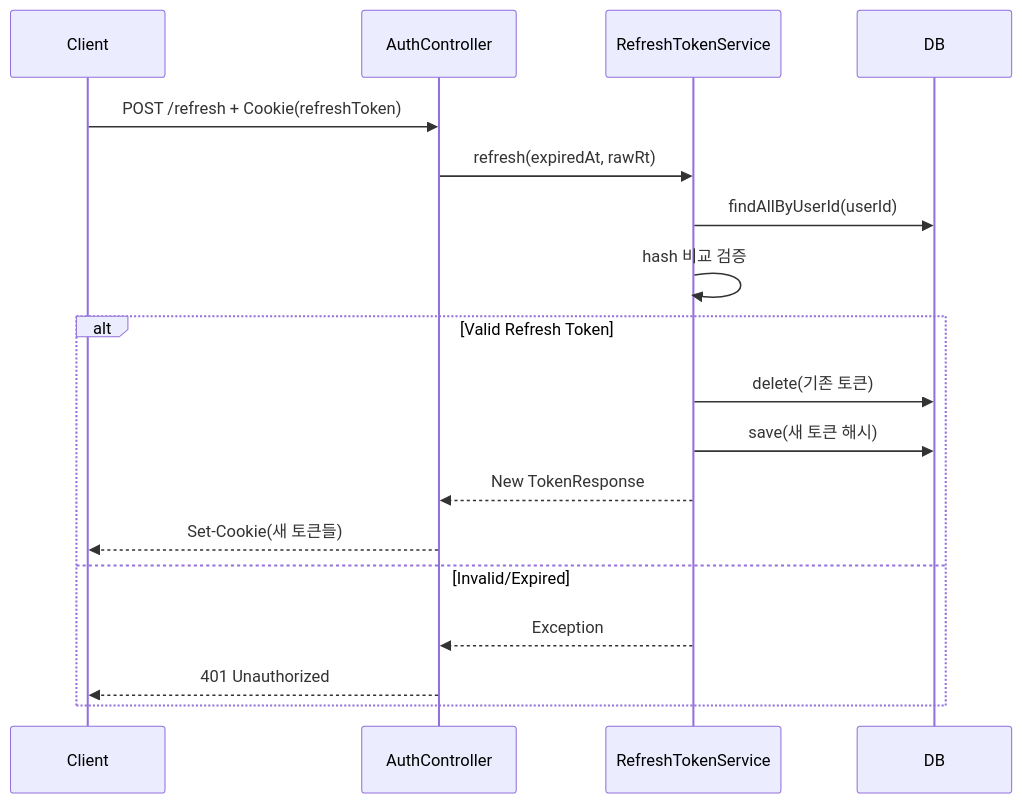
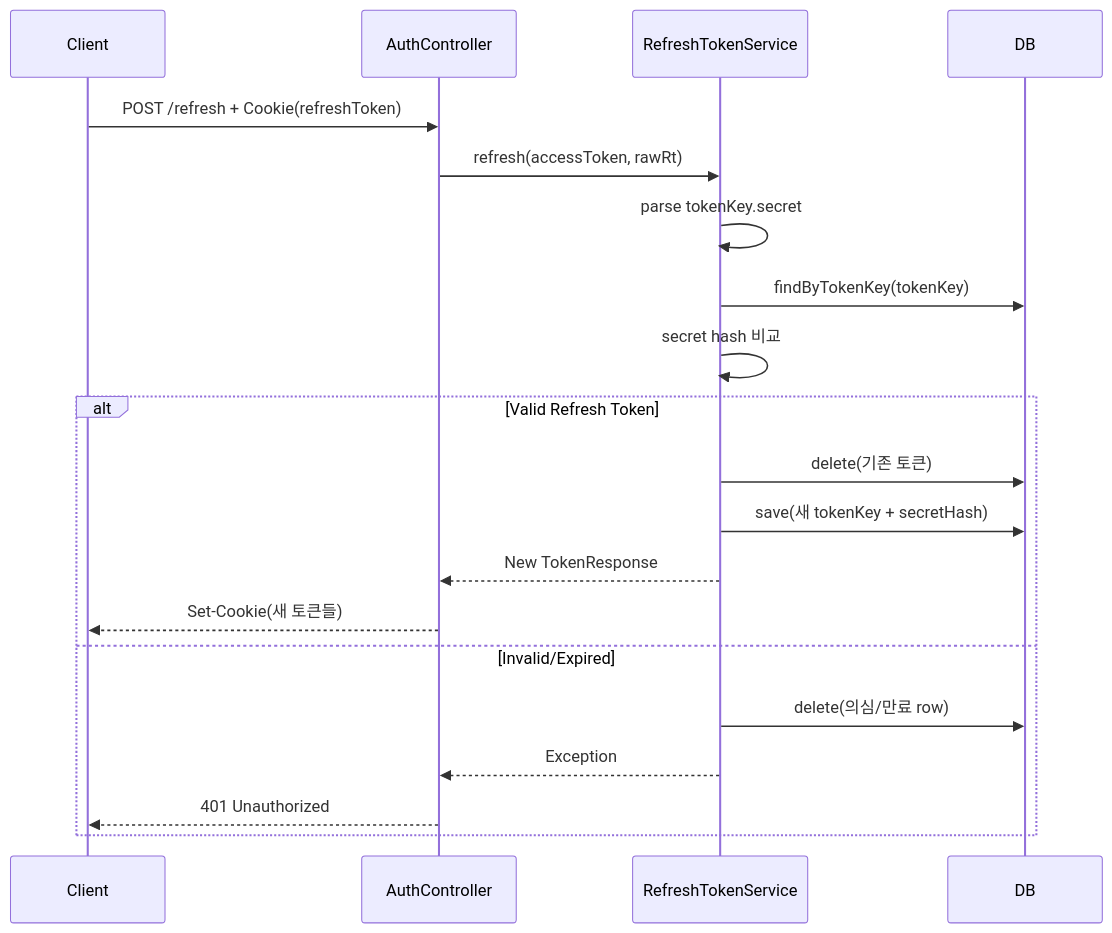
Before and after one commit to beginner0107/eventitta: the third of 9 diagrams in docs/ARCHITECTURE.md, drawn with Mermaid. The commit also changed other lines of this file and 949 other files, not shown here.

````diff
--- a/docs/ARCHITECTURE.md
+++ b/docs/ARCHITECTURE.md
@@ -143,21 +174,23 @@
 ```mermaid
 sequenceDiagram
     participant Client
     participant Controller as AuthController
     participant Service as RefreshTokenService
     participant DB
 
     Client->>Controller: POST /refresh + Cookie(refreshToken)
-    Controller->>Service: refresh(expiredAt, rawRt)
-    Service->>DB: findAllByUserId(userId)
-    Service->>Service: hash 비교 검증
+    Controller->>Service: refresh(accessToken, rawRt)
+    Service->>Service: parse tokenKey.secret
+    Service->>DB: findByTokenKey(tokenKey)
+    Service->>Service: secret hash 비교
     alt Valid Refresh Token
         Service->>DB: delete(기존 토큰)
-        Service->>DB: save(새 토큰 해시)
+        Service->>DB: save(새 tokenKey + secretHash)
         Service-->>Controller: New TokenResponse
         Controller-->>Client: Set-Cookie(새 토큰들)
     else Invalid/Expired
+        Service->>DB: delete(의심/만료 row)
         Service-->>Controller: Exception
         Controller-->>Client: 401 Unauthorized
     end
 ```
````
